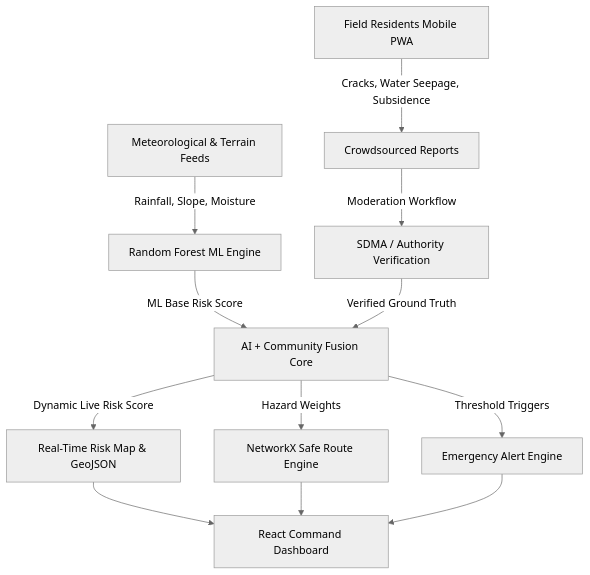
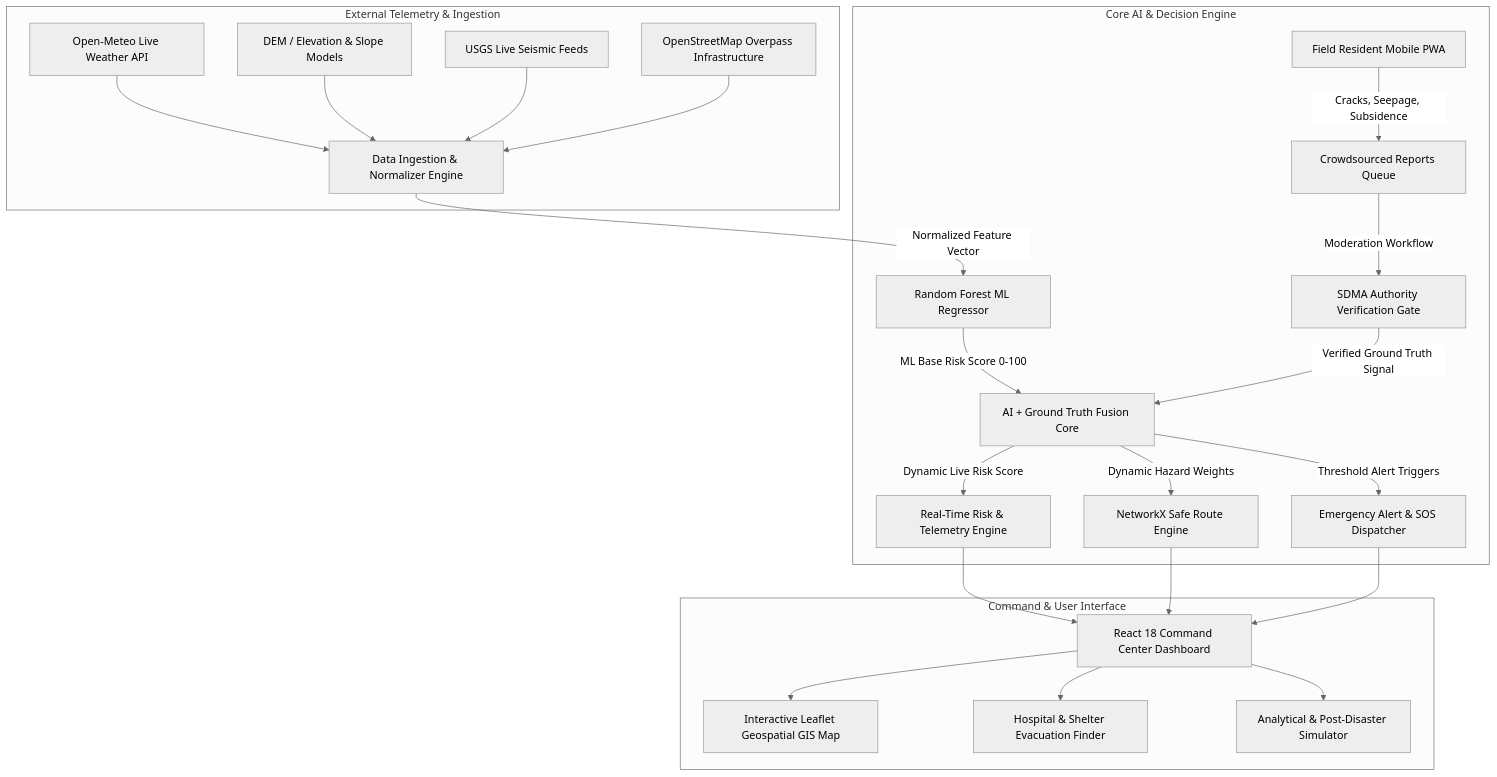
Before and after one commit to Harshraj2206/SiH-2026: the diagram in README.md, drawn with Mermaid (neutral theme). The commit also changed other lines of this file, not shown here.

Commit message:
docs: update README with executive summary, architecture, RBAC, XAI pipeline, and security specs

````diff
--- a/README.md
+++ b/README.md
@@ -29,14 +32,29 @@
 ```mermaid
 graph TD
-    A[Meteorological & Terrain Feeds] -->|Rainfall, Slope, Moisture| B[Random Forest ML Engine]
-    B -->|ML Base Risk Score| C[AI + Community Fusion Core]
-    D[Field Residents Mobile PWA] -->|Cracks, Water Seepage, Subsidence| E[Crowdsourced Reports]
-    E -->|Moderation Workflow| F[SDMA / Authority Verification]
-    F -->|Verified Ground Truth| C
-    C -->|Dynamic Live Risk Score| G[Real-Time Risk Map & GeoJSON]
-    C -->|Hazard Weights| H[NetworkX Safe Route Engine]
-    C -->|Threshold Triggers| I[Emergency Alert Engine]
-    G --> J[React Command Dashboard]
-    H --> J
-    I --> J
+    subgraph External Telemetry & Ingestion
+        A1[Open-Meteo Live Weather API] --> Ingest[Data Ingestion & Normalizer Engine]
+        A2[DEM / Elevation & Slope Models] --> Ingest
+        A3[USGS Live Seismic Feeds] --> Ingest
+        A4[OpenStreetMap Overpass Infrastructure] --> Ingest
+    end
+
+    subgraph Core AI & Decision Engine
+        Ingest -->|Normalized Feature Vector| B[Random Forest ML Regressor]
+        B -->|ML Base Risk Score 0-100| C[AI + Ground Truth Fusion Core]
+        D[Field Resident Mobile PWA] -->|Cracks, Seepage, Subsidence| E[Crowdsourced Reports Queue]
+        E -->|Moderation Workflow| F[SDMA Authority Verification Gate]
+        F -->|Verified Ground Truth Signal| C
+        C -->|Dynamic Live Risk Score| G[Real-Time Risk & Telemetry Engine]
+        C -->|Dynamic Hazard Weights| H[NetworkX Safe Route Engine]
+        C -->|Threshold Alert Triggers| I[Emergency Alert & SOS Dispatcher]
+    end
+
+    subgraph Command & User Interface
+        G --> J[React 18 Command Center Dashboard]
+        H --> J
+        I --> J
+        J --> K[Interactive Leaflet Geospatial GIS Map]
+        J --> L[Hospital & Shelter Evacuation Finder]
+        J --> M[Analytical & Post-Disaster Simulator]
+    end
 ```
````
